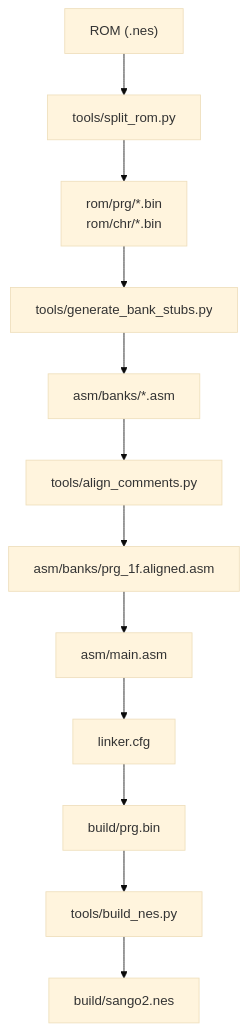
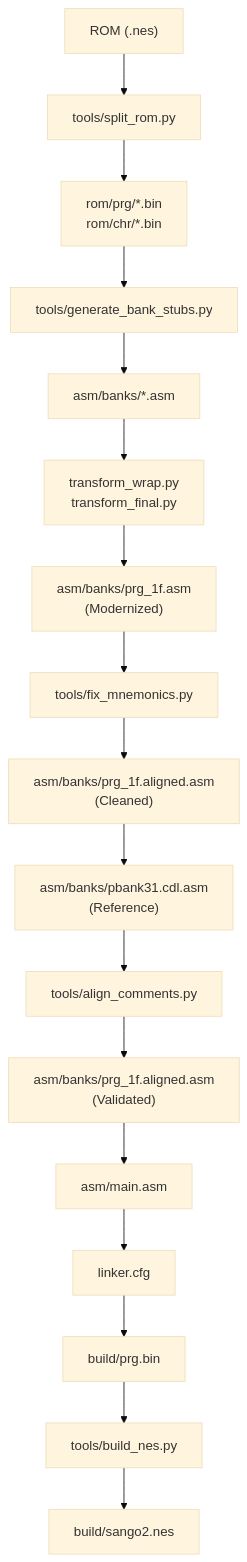
One commit to rabbyzero/sango2dasm changed the first of 4 diagrams in .qoder/repowiki/en/content/Disassembly Workflow/Disassembly Workflow.md. Above: the diagram before and after it, drawn with Mermaid (base theme). The commit also changed other lines of this file and 8 other files, not shown here.

````diff
--- a/.qoder/repowiki/en/content/Disassembly Workflow/Disassembly Workflow.md
+++ b/.qoder/repowiki/en/content/Disassembly Workflow/Disassembly Workflow.md
@@ -61,14 +76,19 @@
 ```mermaid
 graph TB
 A["ROM (.nes)"] --> B["tools/split_rom.py"]
 B --> C["rom/prg/*.bin<br/>rom/chr/*.bin"]
 C --> D["tools/generate_bank_stubs.py"]
 D --> E["asm/banks/*.asm"]
-E --> F["tools/align_comments.py"]
-F --> G["asm/banks/prg_1f.aligned.asm"]
-G --> H["asm/main.asm"]
-H --> I["linker.cfg"]
-I --> J["build/prg.bin"]
-J --> K["tools/build_nes.py"]
-K --> L["build/sango2.nes"]
+E --> F["transform_wrap.py<br/>transform_final.py"]
+F --> G["asm/banks/prg_1f.asm<br/>(Modernized)"]
+G --> H["tools/fix_mnemonics.py"]
+H --> I["asm/banks/prg_1f.aligned.asm<br/>(Cleaned)"]
+I --> J["asm/banks/pbank31.cdl.asm<br/>(Reference)"]
+J --> K["tools/align_comments.py"]
+K --> L["asm/banks/prg_1f.aligned.asm<br/>(Validated)"]
+L --> M["asm/main.asm"]
+M --> N["linker.cfg"]
+N --> O["build/prg.bin"]
+O --> P["tools/build_nes.py"]
+P --> Q["build/sango2.nes"]
 ```
````
